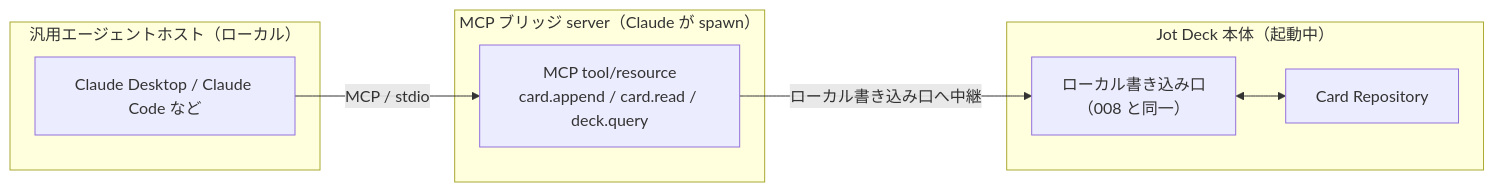
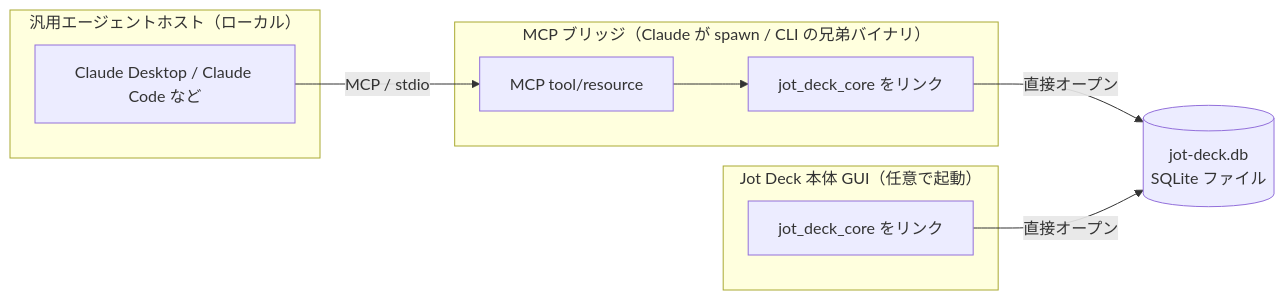
Before and after one commit to plageoj/jot-deck: the diagram in docs/008-mcp-server.md, drawn with Mermaid. The commit also changed other lines of this file and 7 other files, not shown here.

First line of the commit message:
docs: flesh out MCP server tools, scope, and concurrency design

````diff
--- a/docs/008-mcp-server.md
+++ b/docs/008-mcp-server.md
@@ -43,19 +59,22 @@
 ```mermaid
 flowchart LR
     subgraph Agent["汎用エージェントホスト（ローカル）"]
         Claude["Claude Desktop / Claude Code など"]
     end
 
-    subgraph Bridge["MCP ブリッジ server（Claude が spawn）"]
-        MCP["MCP tool/resource<br/>card.append / card.read / deck.query"]
+    subgraph Bridge["MCP ブリッジ（Claude が spawn / CLI の兄弟バイナリ）"]
+        MCP["MCP tool/resource"]
+        Core1["jot_deck_core をリンク"]
+        MCP --> Core1
     end
 
-    subgraph Host["Jot Deck 本体（起動中）"]
-        WriteEP["ローカル書き込み口<br/>（008 と同一）"]
-        Repo["Card Repository"]
-        WriteEP <--> Repo
+    subgraph HostApp["Jot Deck 本体 GUI（任意で起動）"]
+        Core2["jot_deck_core をリンク"]
     end
 
+    DB[("jot-deck.db<br/>SQLite ファイル")]
+
     Claude -->|MCP / stdio| MCP
-    MCP -->|ローカル書き込み口へ中継| WriteEP
+    Core1 -->|直接オープン| DB
+    Core2 -->|直接オープン| DB
 ```
````
